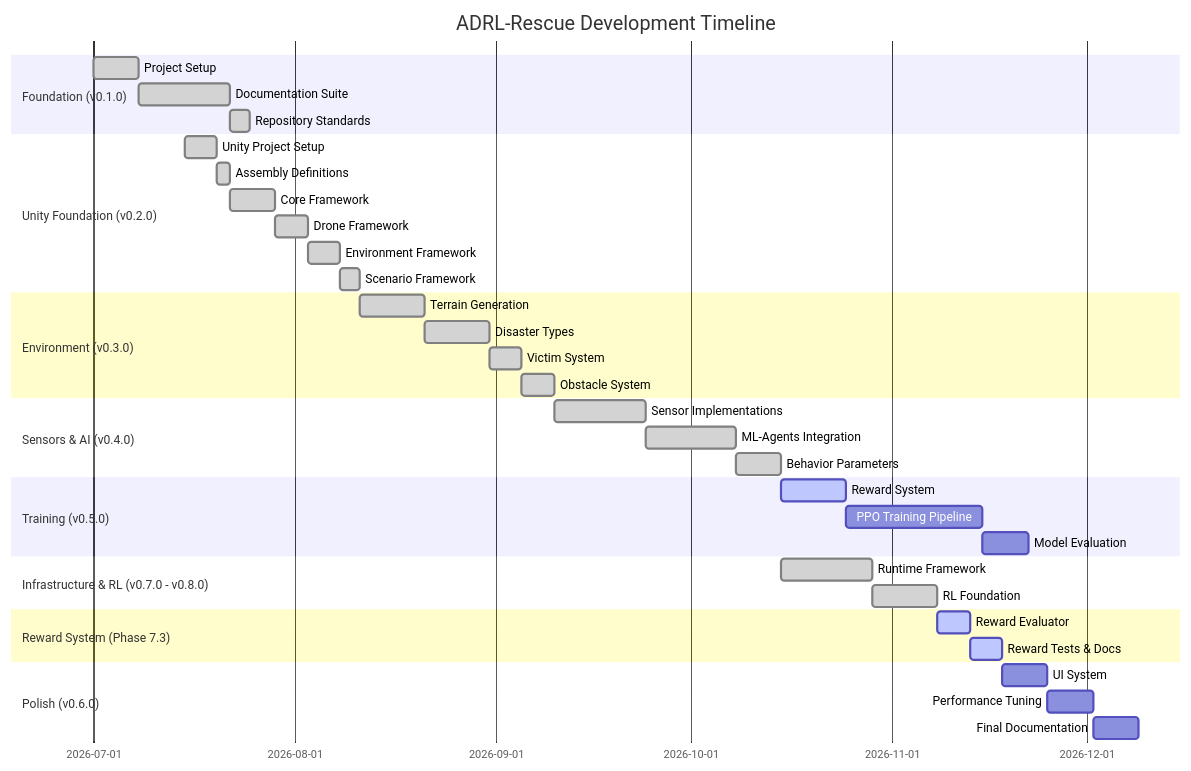
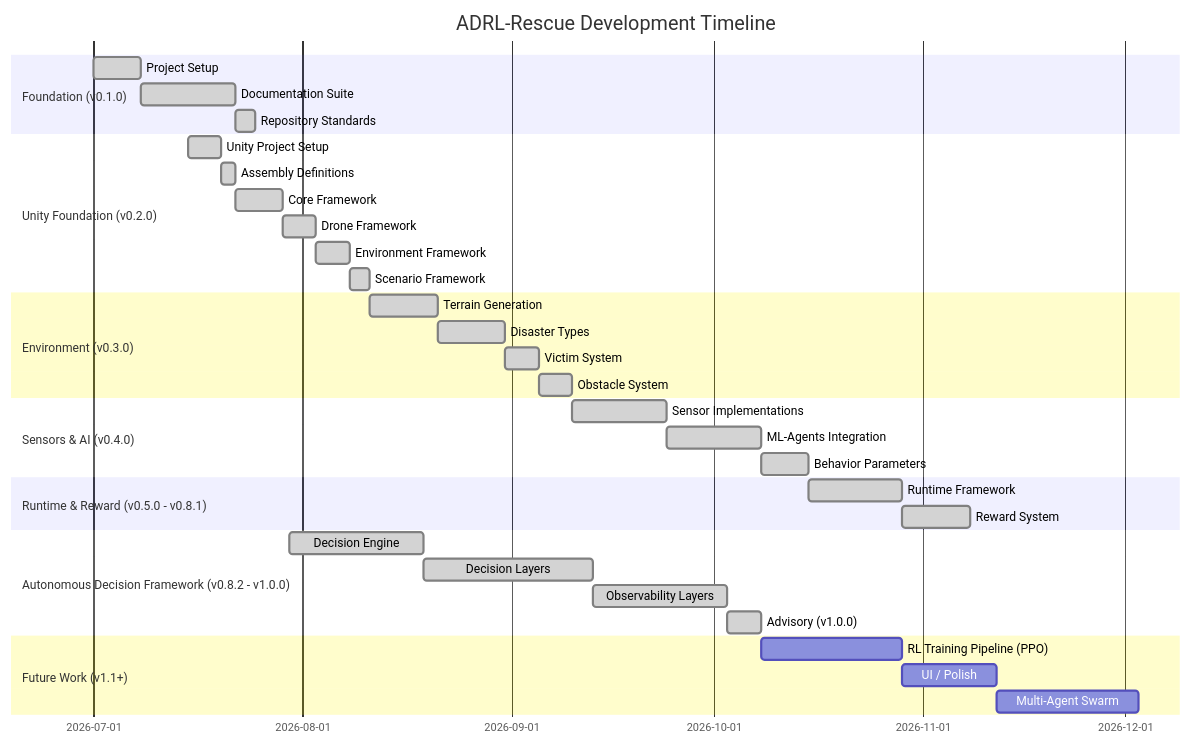
One commit to NihaalGharat/ADRL-Rescue changed the diagram in Documentation/04_DEVELOPMENT_ROADMAP.md. Above: the diagram before and after it, drawn with Mermaid. The commit also changed other lines of this file and 35 other files, not shown here.

````diff
--- a/Documentation/04_DEVELOPMENT_ROADMAP.md
+++ b/Documentation/04_DEVELOPMENT_ROADMAP.md
@@ -15,47 +15,44 @@
 ```mermaid
 gantt
     title ADRL-Rescue Development Timeline
     dateFormat  YYYY-MM-DD
     
     section Foundation (v0.1.0)
     Project Setup           :done, p1a, 2026-07-01, 7d
     Documentation Suite     :done, p1b, after p1a, 14d
     Repository Standards    :done, p1c, after p1b, 3d
     
     section Unity Foundation (v0.2.0)
     Unity Project Setup     :done, p2a, 2026-07-15, 5d
     Assembly Definitions    :done, p2b, after p2a, 2d
     Core Framework          :done, p2c, after p2b, 7d
     Drone Framework         :done, p2d, after p2c, 5d
     Environment Framework   :done, p2e, after p2d, 5d
     Scenario Framework      :done, p2f, after p2e, 3d
     
     section Environment (v0.3.0)
     Terrain Generation      :done, p3a, after p2f, 10d
     Disaster Types          :done, p3b, after p3a, 10d
     Victim System           :done, p3c, after p3b, 5d
     Obstacle System         :done, p3d, after p3c, 5d
     
     section Sensors & AI (v0.4.0)
     Sensor Implementations  :done, p4a, after p3d, 14d
     ML-Agents Integration   :done, p4b, after p4a, 14d
     Behavior Parameters     :done, p4c, after p4b, 7d
     
-    section Training (v0.5.0)
-    Reward System           :active, p5a, after p4c, 10d
-    PPO Training Pipeline   :p5b, after p5a, 21d
-    Model Evaluation        :p5c, after p5b, 7d
+    section Runtime & Reward (v0.5.0 - v0.8.1)
+    Runtime Framework       :done, p5a, after p4c, 14d
+    Reward System           :done, p5b, after p5a, 10d
     
-    section Infrastructure & RL (v0.7.0 - v0.8.0)
-    Runtime Framework       :done, p7a, after p4c, 14d
-    RL Foundation           :done, p7b, after p7a, 10d
+    section Autonomous Decision Framework (v0.8.2 - v1.0.0)
+    Decision Engine         :done, p8a, 2026-07-30, 20d
+    Decision Layers         :done, p8b, after p8a, 25d
+    Observability Layers    :done, p8c, after p8b, 20d
+    Advisory (v1.0.0)       :done, p8d, after p8c, 5d
     
-    section Reward System (Phase 7.3)
-    Reward Evaluator        :active, p73, after p7b, 5d
-    Reward Tests & Docs     :active, p74, after p73, 5d
-    
-    section Polish (v0.6.0)
-    UI System               :p6a, after p74, 7d
-    Performance Tuning      :p6b, after p6a, 7d
-    Final Documentation     :p6c, after p6b, 7d
+    section Future Work (v1.1+)
+    RL Training Pipeline (PPO) :p9a, after p8d, 21d
+    UI / Polish                :p9b, after p9a, 14d
+    Multi-Agent Swarm          :p9c, after p9b, 21d
 ```
````
